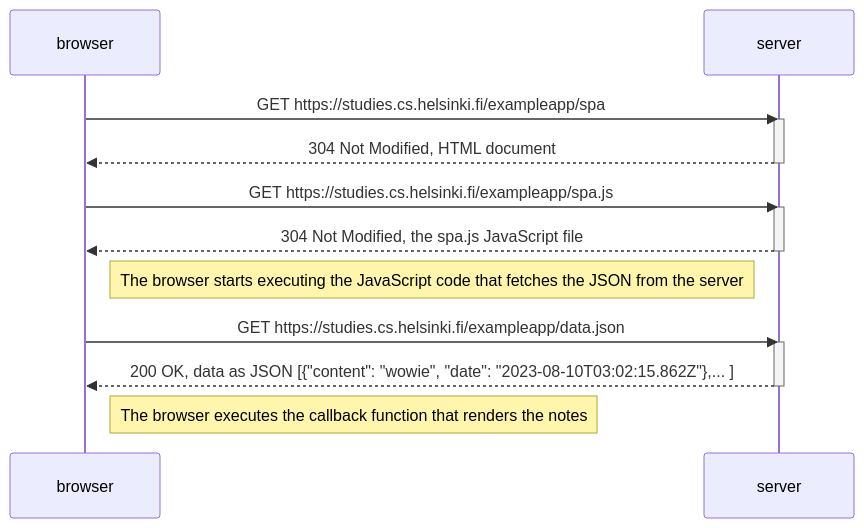
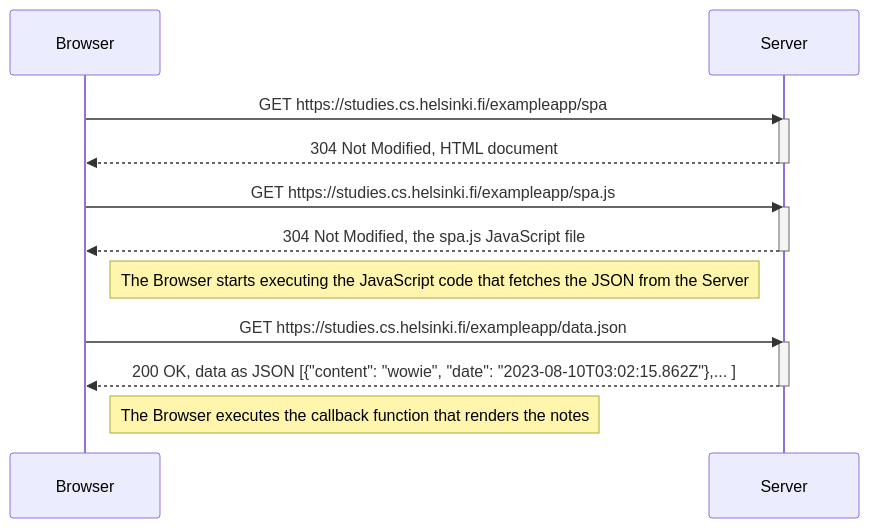
One commit to noahwo/fullstackopen changed the diagram in part0/0.5_spa_sequence_dia.md. Above: the diagram before and after it, drawn with Mermaid. The commit also changed other lines of this file and 2 other files, not shown here.

Commit message:
part 0 done

````diff
--- a/part0/0.5_spa_sequence_dia.md
+++ b/part0/0.5_spa_sequence_dia.md
@@ -1,26 +4,26 @@
 ```mermaid
 sequenceDiagram
-    participant browser
-    participant server
+    participant Browser
+    participant Server
 
-    browser->>server: GET https://studies.cs.helsinki.fi/exampleapp/spa 
-    activate server
-    server-->>browser: 304 Not Modified, HTML document
-    deactivate server
+    Browser->>Server: GET https://studies.cs.helsinki.fi/exampleapp/spa
+    activate Server
+    Server-->>Browser: 304 Not Modified, HTML document
+    deactivate Server
 
-    browser->>server: GET  https://studies.cs.helsinki.fi/exampleapp/spa.js
-    activate server
-    server-->>browser:  304 Not Modified, the spa.js JavaScript file
-    deactivate server
+    Browser->>Server: GET  https://studies.cs.helsinki.fi/exampleapp/spa.js
+    activate Server
+    Server-->>Browser:  304 Not Modified, the spa.js JavaScript file
+    deactivate Server
 
-    Note right of browser: The browser starts executing the JavaScript code that fetches the JSON from the server
+    Note right of Browser: The Browser starts executing the JavaScript code that fetches the JSON from the Server
 
-    browser->>server: GET https://studies.cs.helsinki.fi/exampleapp/data.json
-    activate server
-    server-->>browser: 200 OK, data as JSON [{"content": "wowie", "date": "2023-08-10T03:02:15.862Z"},... ]
-    deactivate server
+    Browser->>Server: GET https://studies.cs.helsinki.fi/exampleapp/data.json
+    activate Server
+    Server-->>Browser: 200 OK, data as JSON [{"content": "wowie", "date": "2023-08-10T03:02:15.862Z"},... ]
+    deactivate Server
 
-    Note right of browser: The browser executes the callback function that renders the notes
+    Note right of Browser: The Browser executes the callback function that renders the notes
 
- 
+
 ```
````
